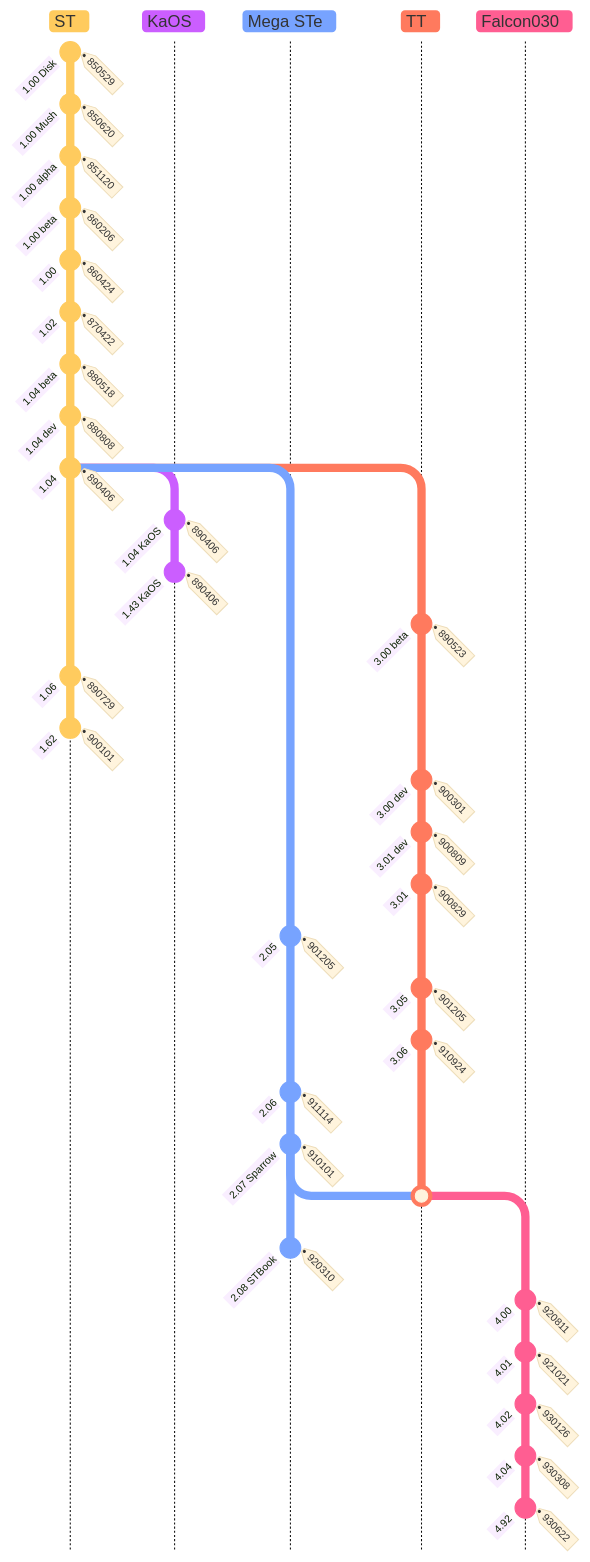
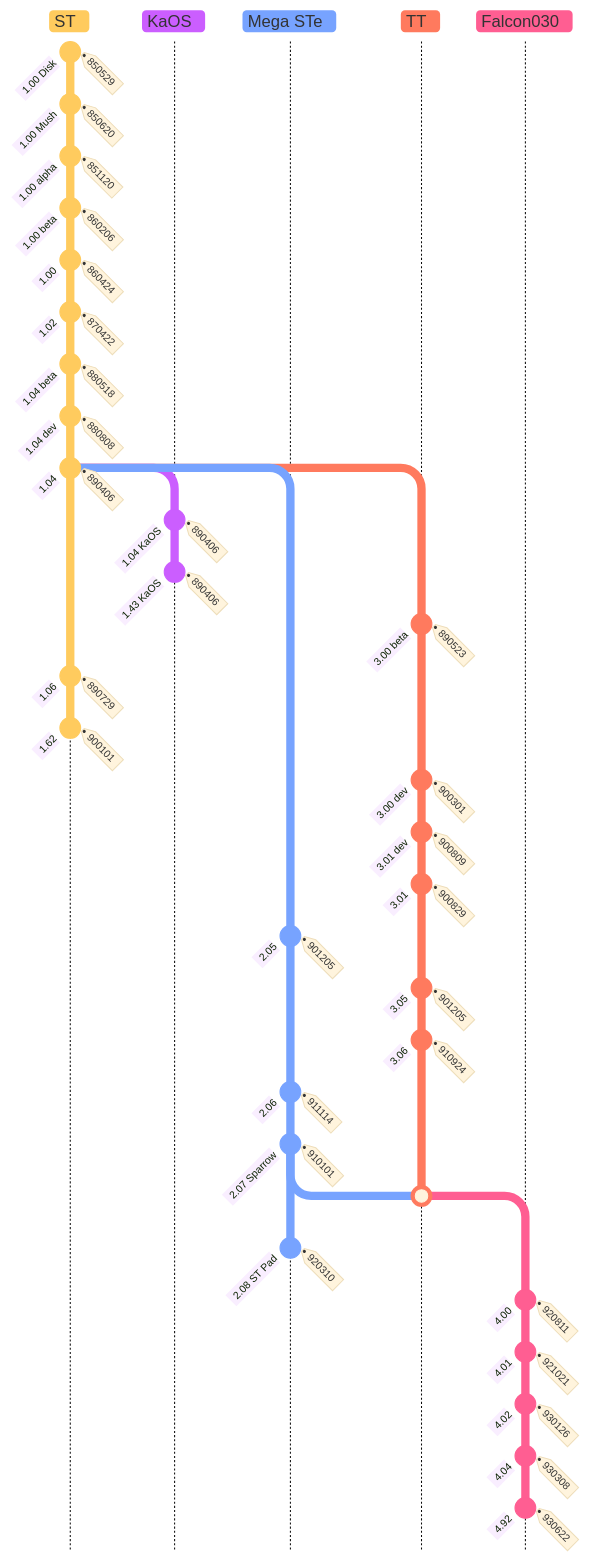
Before and after one commit to Kochise/atari-emu: the diagram in ROMS/README.md, drawn with Mermaid. The commit also changed other lines of this file, not shown here.

````diff
--- a/ROMS/README.md
+++ b/ROMS/README.md
@@ -73,52 +85,52 @@
 ```mermaid
 %%{ init: { 'gitGraph': { 'mainBranchName': 'ST', 'rotateCommitLabel': true }, 'theme': 'base' }}%%
 gitGraph TB:
 	commit id: "1.00 Disk" tag: "850529"
 	commit id: "1.00 Mush" tag: "850620"
 	commit id: "1.00 alpha" tag: "851120"
 	commit id: "1.00 beta" tag: "860206"
 	commit id: "1.00" tag: "860424"
 	commit id: "1.02" tag: "870422"
 	commit id: "1.04 beta" tag: "880518"
 	commit id: "1.04 dev" tag: "880808"
 	commit id: "1.04" tag: "890406"
 	branch KaOS
 	checkout ST
 	branch "Mega STe"
 	checkout ST
 	branch TT
 	checkout ST
 	checkout KaOS
 	commit id: "1.04 KaOS" tag: "890406"
 	commit id: "1.43 KaOS" tag: "890406"
 	checkout ST
 	checkout TT
 	commit id: "3.00 beta" tag: "890523"
 	checkout ST
 	commit id: "1.06" tag: "890729"
 	commit id: "1.62" tag: "900101"
 	checkout TT
 	commit id: "3.00 dev" tag: "900301"
 	commit id: "3.01 dev" tag: "900809"
 	commit id: "3.01" tag: "900829"
 	checkout ST
 	checkout "Mega STe"
 	commit id: "2.05" tag: "901205"
 	checkout TT
 	commit id: "3.05" tag: "901205"
 	commit id: "3.06" tag: "910924"
 	checkout "Mega STe"
 	commit id: "2.06" tag: "911114"
 	commit id: "2.07 Sparrow" tag: "910101"
 	checkout TT
 	merge "Mega STe"
 	branch Falcon030
 	checkout "Mega STe"
-	commit id: "2.08 STBook" tag: "920310"
+	commit id: "2.08 ST Pad" tag: "920310"
 	checkout Falcon030
 	commit id: "4.00" tag: "920811"
 	commit id: "4.01" tag: "921021"
 	commit id: "4.02" tag: "930126"
 	commit id: "4.04" tag: "930308"
 	commit id: "4.92" tag: "930622"
 ```
````
